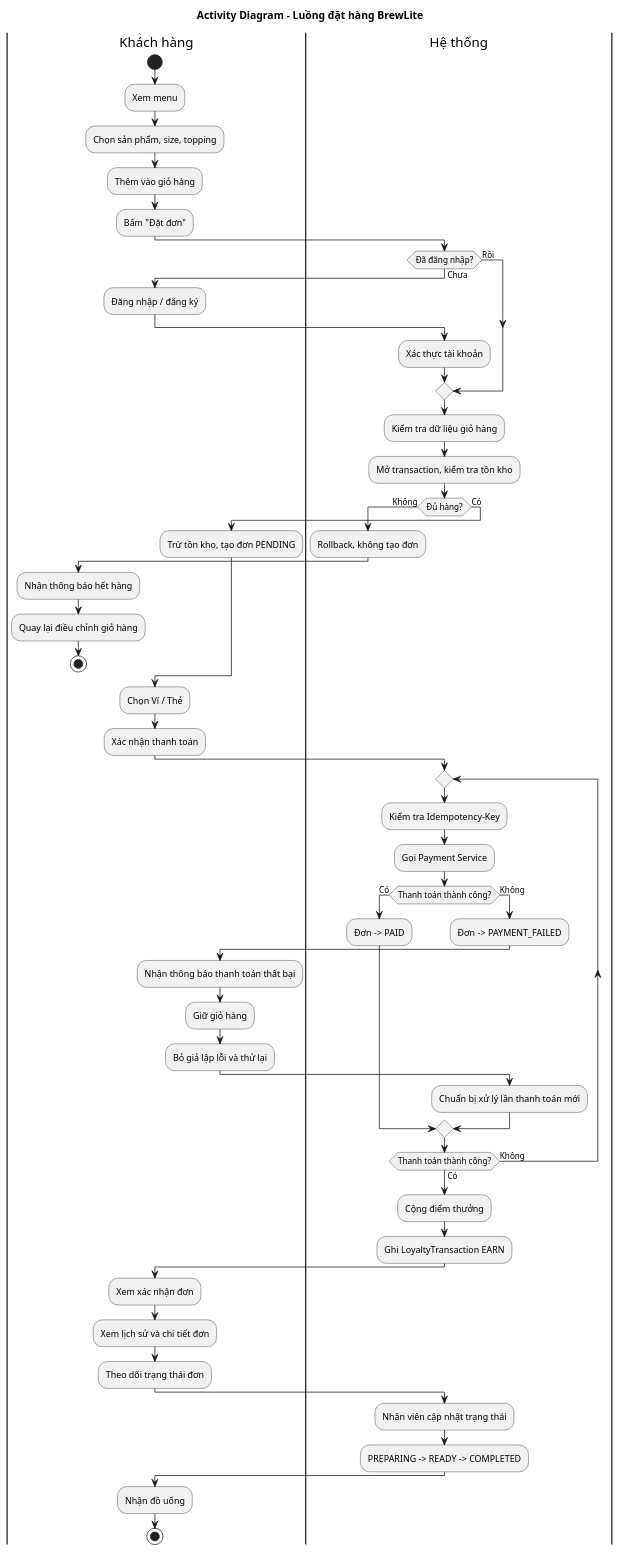
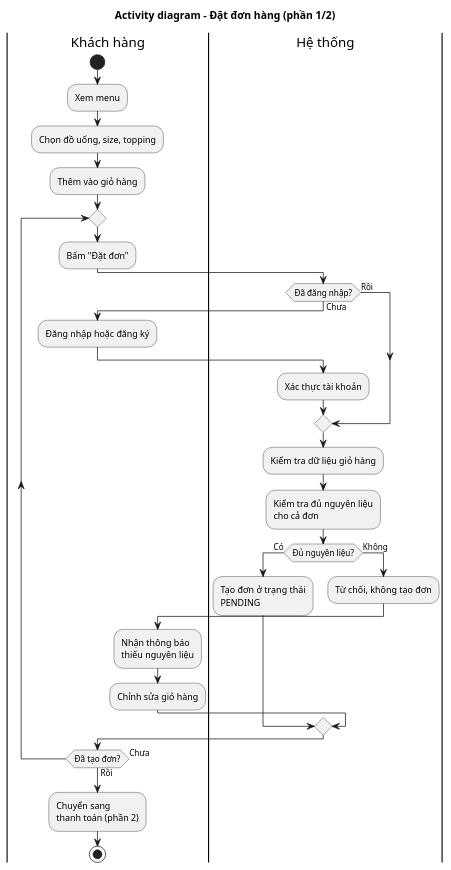
One commit to tthan-prog/BrewLite changed the diagram in docs/diagrams/activity-order-flow.puml. Above: the diagram before and after it, drawn with PlantUML. The commit also changed other lines of this file and 227 other files, not shown here.

First line of the commit message:
docs: tách as1/as2/chung, chốt phân công 4 người, hoàn chỉnh biên bản và bằng chứng

```diff
--- a/docs/diagrams/activity-order-flow.puml
+++ b/docs/diagrams/activity-order-flow.puml
@@ -2,73 +1,39 @@
 @startuml activity-order-flow
-title Activity Diagram - Luồng đặt hàng BrewLite
+title Activity diagram - Đặt đơn hàng (phần 1/2)
 skinparam shadowing false
 
 |Khách hàng|
 start
 :Xem menu;
-:Chọn sản phẩm, size, topping;
+:Chọn đồ uống, size, topping;
 :Thêm vào giỏ hàng;
-:Bấm "Đặt đơn";
 
-|Hệ thống|
-if (Đã đăng nhập?) then (Chưa)
+repeat
   |Khách hàng|
-  :Đăng nhập / đăng ký;
+  :Bấm "Đặt đơn";
+
   |Hệ thống|
-  :Xác thực tài khoản;
-else (Rồi)
-endif
+  if (Đã đăng nhập?) then (Chưa)
+    |Khách hàng|
+    :Đăng nhập hoặc đăng ký;
+    |Hệ thống|
+    :Xác thực tài khoản;
+  else (Rồi)
+  endif
+  :Kiểm tra dữ liệu giỏ hàng;
+  :Kiểm tra đủ nguyên liệu\ncho cả đơn;
 
-:Kiểm tra dữ liệu giỏ hàng;
-:Mở transaction, kiểm tra tồn kho;
-
-if (Đủ hàng?) then (Không)
-  :Rollback, không tạo đơn;
-  |Khách hàng|
-  :Nhận thông báo hết hàng;
-  :Quay lại điều chỉnh giỏ hàng;
-  stop
-else (Có)
-  :Trừ tồn kho, tạo đơn PENDING;
-endif
+  if (Đủ nguyên liệu?) then (Có)
+    :Tạo đơn ở trạng thái\nPENDING;
+  else (Không)
+    :Từ chối, không tạo đơn;
+    |Khách hàng|
+    :Nhận thông báo\nthiếu nguyên liệu;
+    :Chỉnh sửa giỏ hàng;
+  endif
+repeat while (Đã tạo đơn?) is (Chưa) not (Rồi)
 
 |Khách hàng|
-:Chọn Ví / Thẻ;
-:Xác nhận thanh toán;
-
-|Hệ thống|
-repeat
-  :Kiểm tra Idempotency-Key;
-  :Gọi Payment Service;
-
-  if (Thanh toán thành công?) then (Có)
-    :Đơn -> PAID;
-  else (Không)
-    :Đơn -> PAYMENT_FAILED;
-    |Khách hàng|
-    :Nhận thông báo thanh toán thất bại;
-    :Giữ giỏ hàng;
-    :Bỏ giả lập lỗi và thử lại;
-    |Hệ thống|
-    :Chuẩn bị xử lý lần thanh toán mới;
-  endif
-
-repeat while (Thanh toán thành công?) is (Không) not (Có)
-
-|Hệ thống|
-:Cộng điểm thưởng;
-:Ghi LoyaltyTransaction EARN;
-
-|Khách hàng|
-:Xem xác nhận đơn;
-:Xem lịch sử và chi tiết đơn;
-:Theo dõi trạng thái đơn;
-
-|Hệ thống|
-:Nhân viên cập nhật trạng thái;
-:PREPARING -> READY -> COMPLETED;
-
-|Khách hàng|
-:Nhận đồ uống;
+:Chuyển sang\nthanh toán (phần 2);
 stop
 @enduml
```
